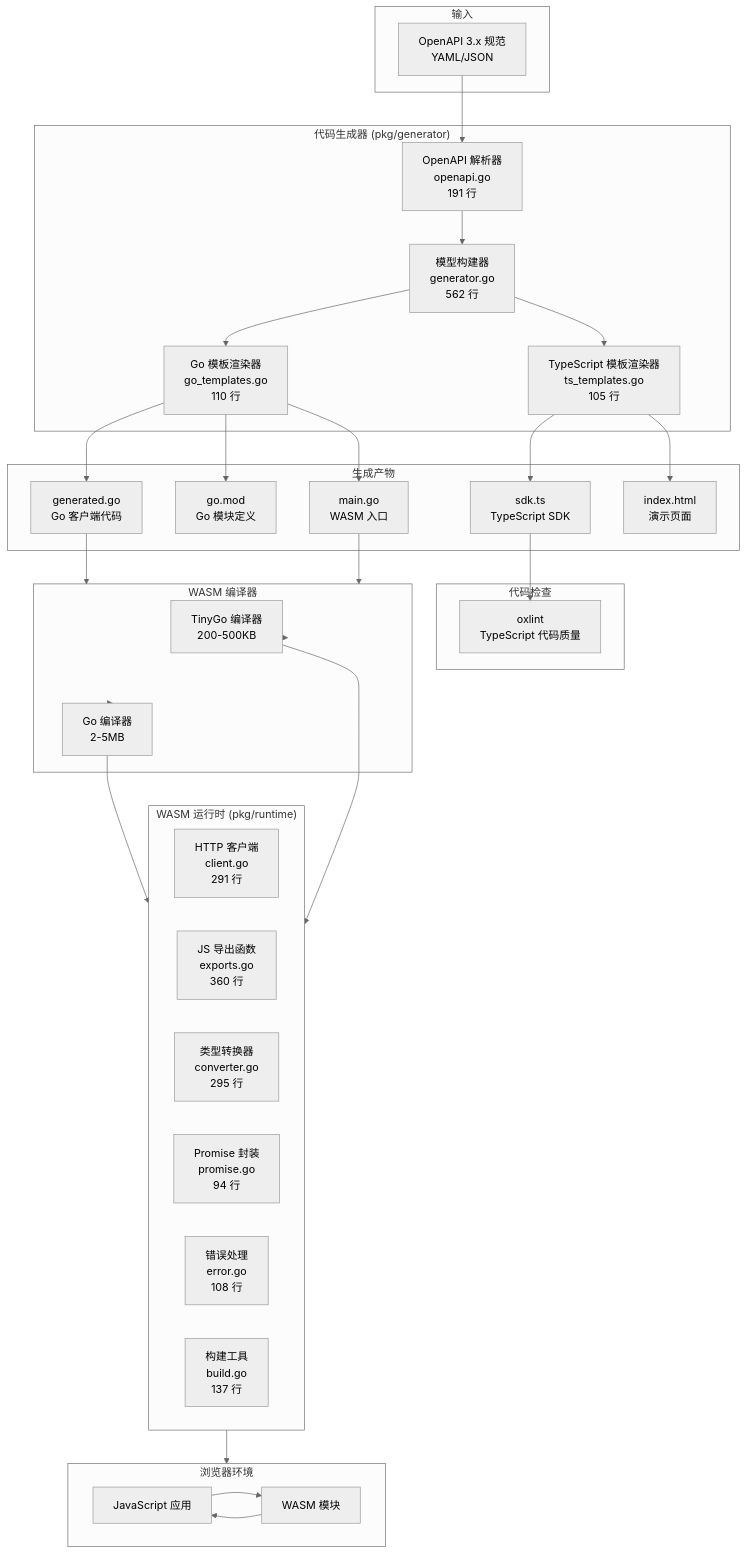
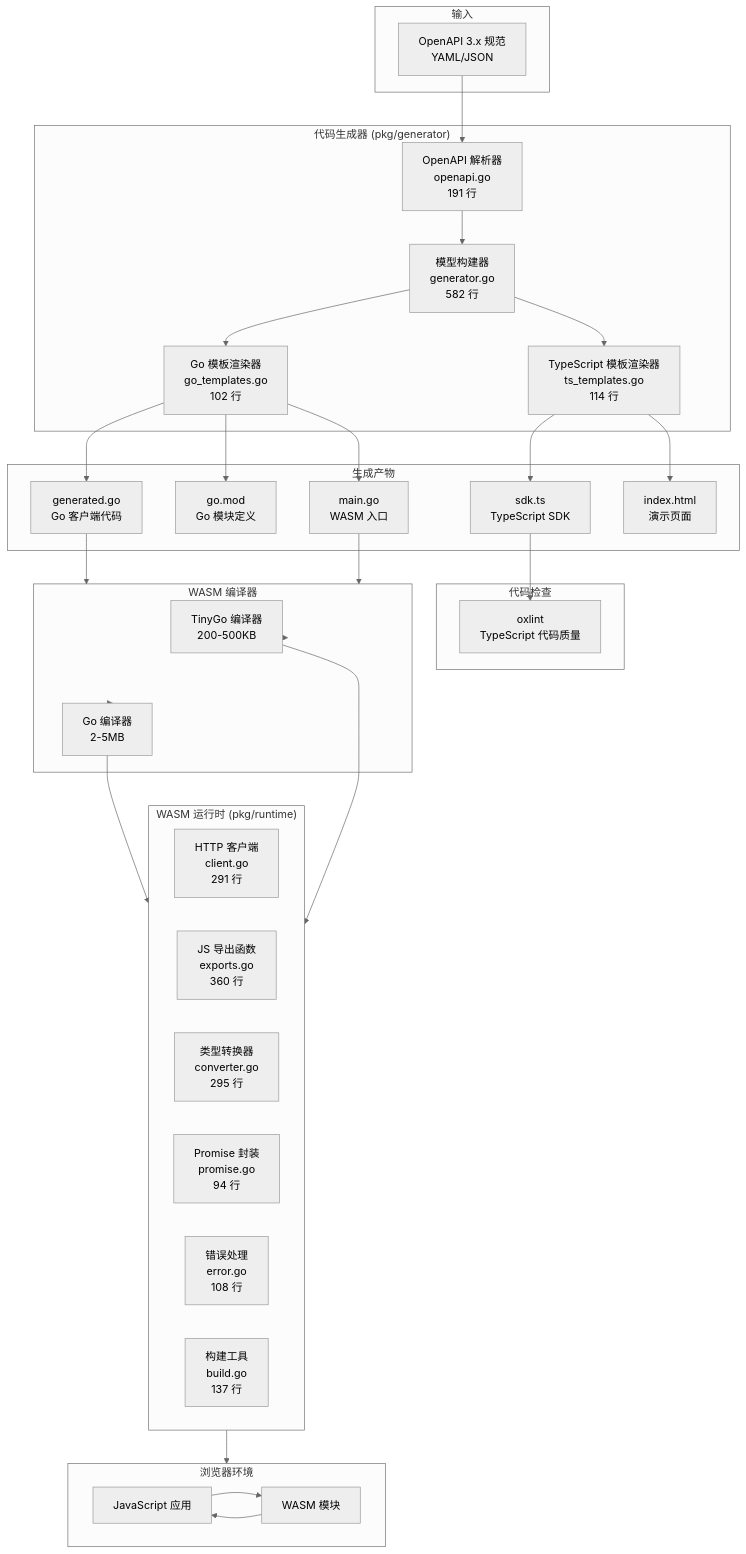
The first of 6 diagrams in docs/architecture.md (fred29910/go_wasm_lib2), drawn with Mermaid (neutral theme) before and after one commit. The commit also changed other lines of this file and 5 other files, not shown here.

````diff
--- a/docs/architecture.md
+++ b/docs/architecture.md
@@ -9,67 +9,67 @@
 ```mermaid
 flowchart TB
     subgraph Input["输入"]
         OpenAPI[OpenAPI 3.x 规范<br/>YAML/JSON]
     end
 
     subgraph Generator["代码生成器 (pkg/generator)"]
         Parser[OpenAPI 解析器<br/>openapi.go<br/>191 行]
-        ModelBuilder[模型构建器<br/>generator.go<br/>562 行]
-        GoRenderer[Go 模板渲染器<br/>go_templates.go<br/>110 行]
-        TSRenderer[TypeScript 模板渲染器<br/>ts_templates.go<br/>105 行]
+        ModelBuilder[模型构建器<br/>generator.go<br/>582 行]
+        GoRenderer[Go 模板渲染器<br/>go_templates.go<br/>102 行]
+        TSRenderer[TypeScript 模板渲染器<br/>ts_templates.go<br/>114 行]
     end
 
     subgraph Output["生成产物"]
         GeneratedGo[generated.go<br/>Go 客户端代码]
         GeneratedMod[go.mod<br/>Go 模块定义]
         GeneratedMain[main.go<br/>WASM 入口]
         GeneratedTS[sdk.ts<br/>TypeScript SDK]
         GeneratedHTML[index.html<br/>演示页面]
     end
 
     subgraph Compiler["WASM 编译器"]
         TinyGo[TinyGo 编译器<br/>200-500KB]
         GoCompiler[Go 编译器<br/>2-5MB]
     end
 
     subgraph Runtime["WASM 运行时 (pkg/runtime)"]
         Client[HTTP 客户端<br/>client.go<br/>291 行]
         Exports[JS 导出函数<br/>exports.go<br/>360 行]
         Converter[类型转换器<br/>converter.go<br/>295 行]
         Promise[Promise 封装<br/>promise.go<br/>94 行]
         Error[错误处理<br/>error.go<br/>108 行]
         Build[构建工具<br/>build.go<br/>137 行]
     end
 
     subgraph Lint["代码检查"]
         Oxlint[oxlint<br/>TypeScript 代码质量]
     end
 
     subgraph Browser["浏览器环境"]
         JS[JavaScript 应用]
         WASM[WASM 模块]
     end
 
     OpenAPI --> Parser
     Parser --> ModelBuilder
     ModelBuilder --> GoRenderer
     ModelBuilder --> TSRenderer
     GoRenderer --> GeneratedGo
     GoRenderer --> GeneratedMod
     GoRenderer --> GeneratedMain
     TSRenderer --> GeneratedTS
     TSRenderer --> GeneratedHTML
 
     GeneratedGo --> Compiler
     GeneratedMain --> Compiler
     Compiler --> TinyGo
     Compiler --> GoCompiler
 
     TinyGo --> Runtime
     GoCompiler --> Runtime
 
     GeneratedTS --> Oxlint
     Runtime --> Browser
     JS --> WASM
     WASM --> JS
 ```
````
